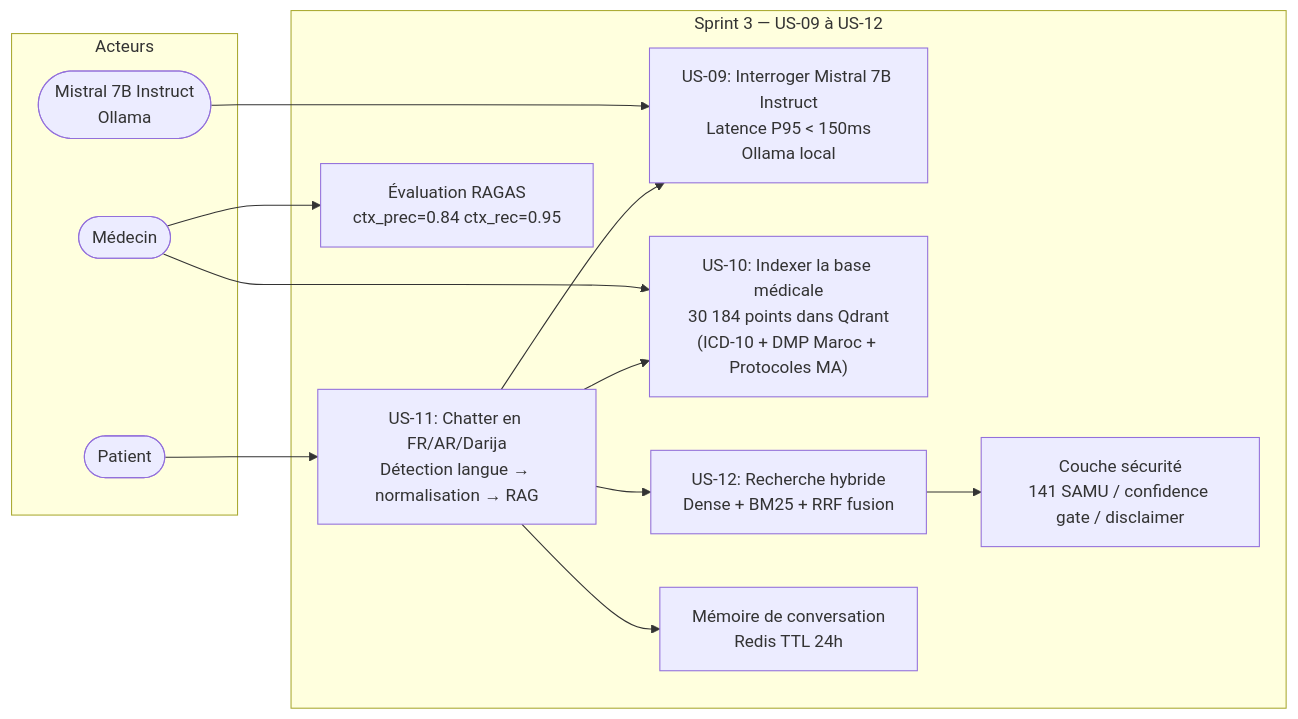
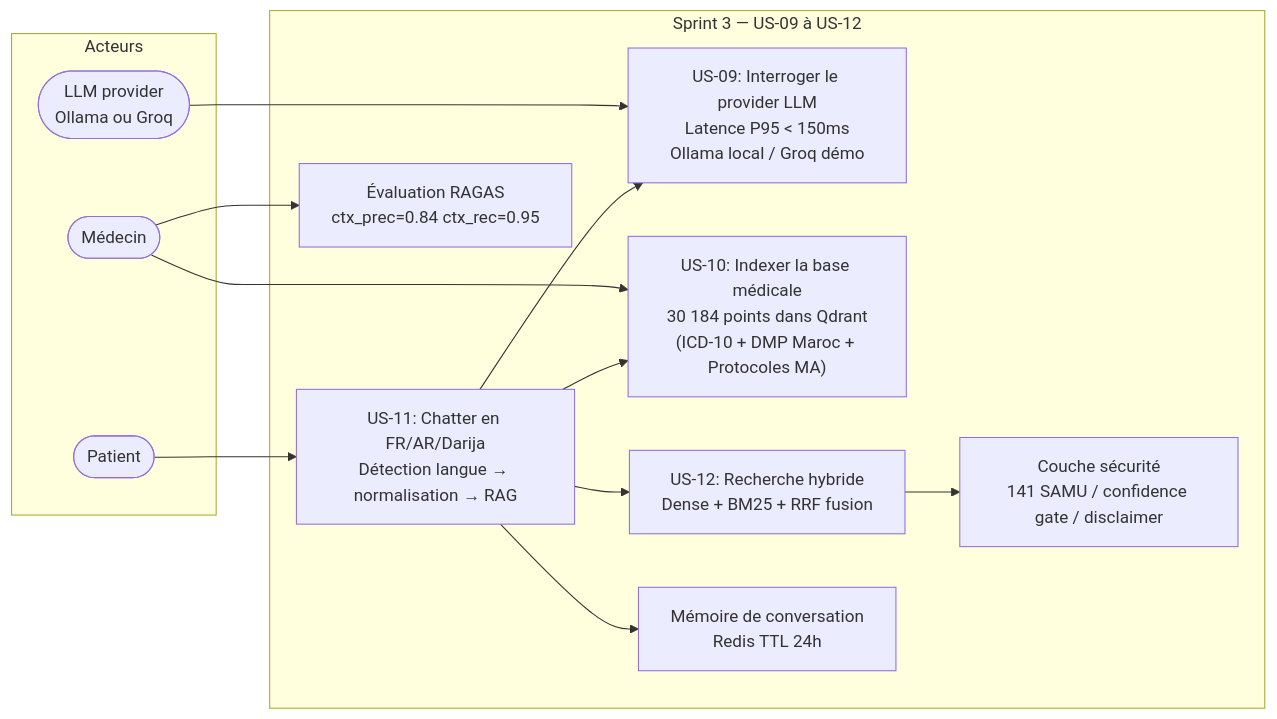
Before and after one commit to Boussyf0/MediSense-AI: the seventh of 32 diagrams in docs/DIAGRAMMES.md, drawn with Mermaid. The commit also changed other lines of this file and 9 other files, not shown here.

````diff
--- a/docs/DIAGRAMMES.md
+++ b/docs/DIAGRAMMES.md
@@ -324,25 +324,25 @@
 ```mermaid
 flowchart LR
     subgraph A["Acteurs"]
         PATIENT(["Patient"])
         DOCTOR(["Médecin"])
-        SYS(["Mistral 7B Instruct<br/>Ollama"])
+        SYS(["LLM provider<br/>Ollama ou Groq"])
     end
 
     subgraph UC["Sprint 3 — US-09 à US-12"]
-        UC9["US-09: Interroger Mistral 7B Instruct<br/>Latence P95 < 150ms<br/>Ollama local"]
+        UC9["US-09: Interroger le provider LLM<br/>Latence P95 < 150ms<br/>Ollama local / Groq démo"]
         UC10["US-10: Indexer la base médicale<br/>30 184 points dans Qdrant<br/>(ICD-10 + DMP Maroc + Protocoles MA)"]
         UC11["US-11: Chatter en FR/AR/Darija<br/>Détection langue → normalisation → RAG"]
         UC12["US-12: Recherche hybride<br/>Dense + BM25 + RRF fusion"]
         SAFE["Couche sécurité<br/>141 SAMU / confidence gate / disclaimer"]
         EVAL["Évaluation RAGAS<br/>ctx_prec=0.84 ctx_rec=0.95"]
         MEM["Mémoire de conversation<br/>Redis TTL 24h"]
     end
 
     PATIENT --> UC11
     UC11 --> UC9 & UC10 & UC12
     UC12 --> SAFE
     SYS --> UC9
     UC11 --> MEM
     DOCTOR --> UC10 & EVAL
 ```
````
